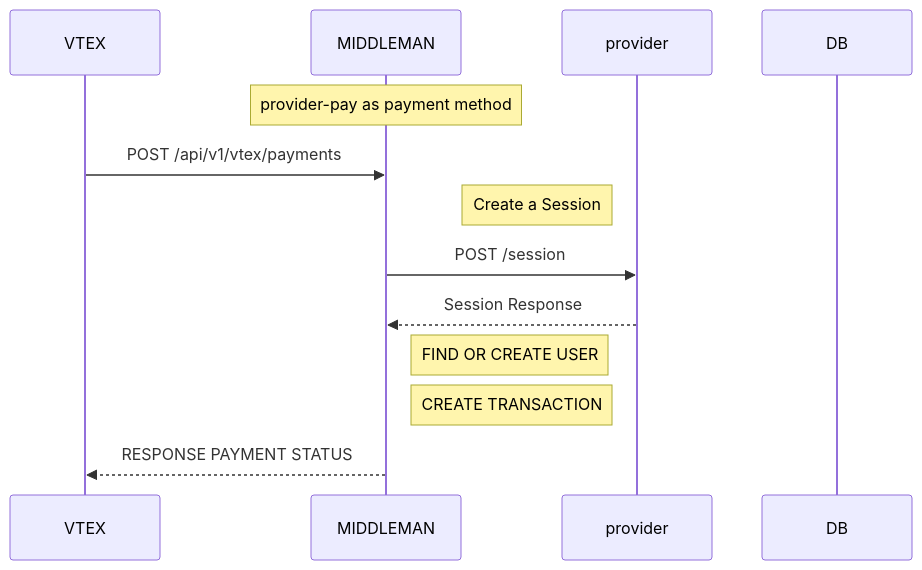
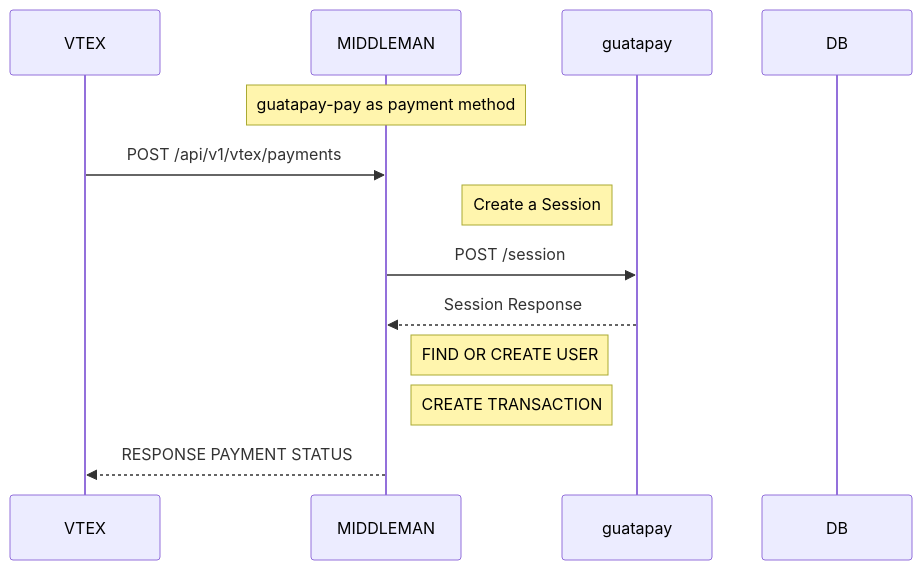
One commit to gorilla-company/guatapay-vtex-plugin changed the first of 6 diagrams in README.md. Above: the diagram before and after it, drawn with Mermaid. The commit also changed other lines of this file and 9 other files, not shown here.

````diff
--- a/README.md
+++ b/README.md
@@ -347,17 +347,17 @@
 ```mermaid
 sequenceDiagram
     participant VTEX
     participant MIDDLEMAN
-    participant provider
+    participant guatapay
     participant DB
-    Note over MIDDLEMAN: provider-pay as payment method
+    Note over MIDDLEMAN: guatapay-pay as payment method
 
     VTEX->>MIDDLEMAN: POST /api/v1/vtex/payments
-    Note left of provider: Create a Session
-    MIDDLEMAN->>provider: POST /session
-    provider-->>MIDDLEMAN: Session Response
+    Note left of guatapay: Create a Session
+    MIDDLEMAN->>guatapay: POST /session
+    guatapay-->>MIDDLEMAN: Session Response
     Note right of MIDDLEMAN: FIND OR CREATE USER 
     Note right of MIDDLEMAN: CREATE TRANSACTION
     MIDDLEMAN-->>VTEX: RESPONSE PAYMENT STATUS
 
 ```
````
